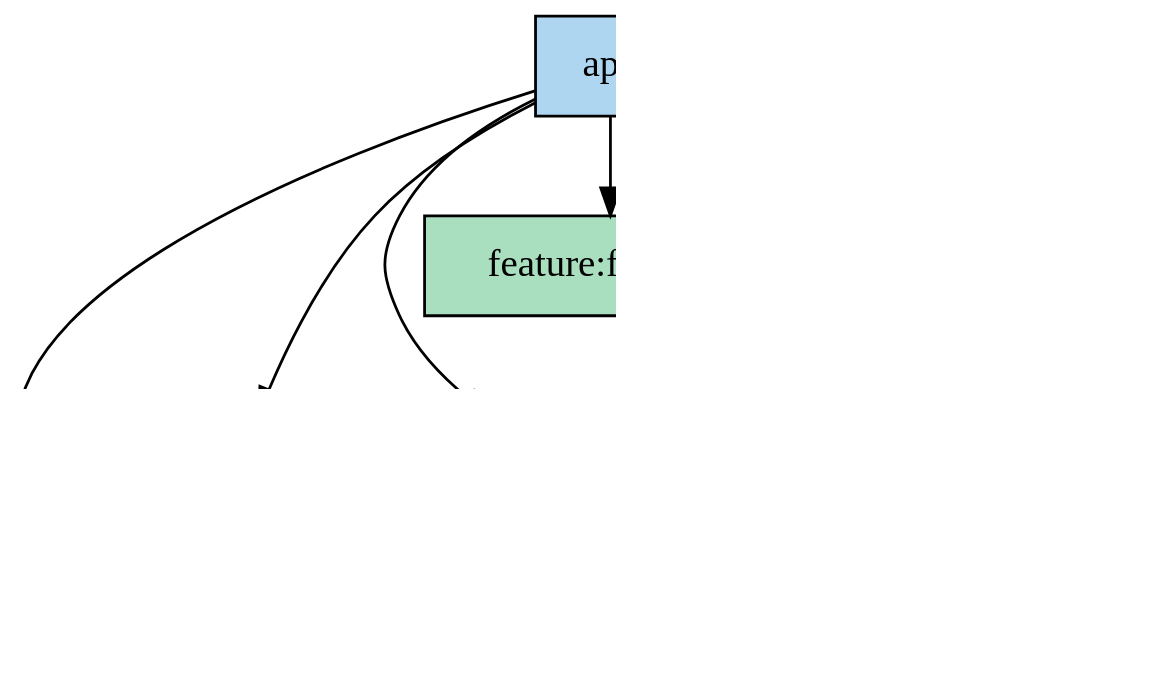
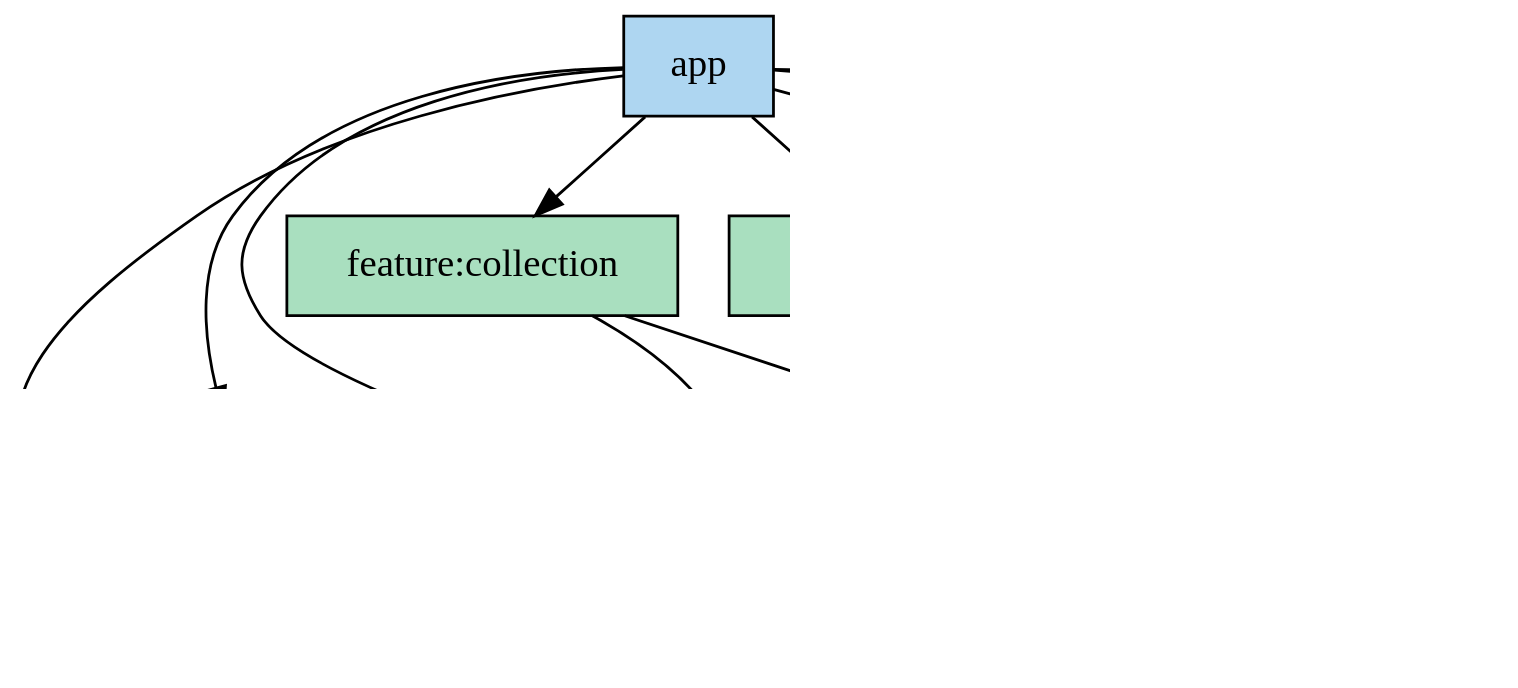
One commit to soma17th-369/Laimory-android changed the diagram in docs/dependency-graph/modules.dot. Above: the diagram before and after it, drawn with Graphviz. The commit also changed 1 other file, not shown here.

```diff
--- a/docs/dependency-graph/modules.dot
+++ b/docs/dependency-graph/modules.dot
@@ -1,31 +1,35 @@
 digraph "modules" {
 edge ["dir"="forward"]
 graph ["dpi"="150" "rankdir"="TB"]
 node ["shape"="rectangle" "style"="filled"]
 
 "app" ["label"="app" "fillcolor"="#AED6F1"]
 "core-collection" ["label"="core:collection" "fillcolor"="#FAD7A0"]
 "core-data" ["label"="core:data" "fillcolor"="#FAD7A0"]
 "core-domain" ["label"="core:domain" "fillcolor"="#D2B4DE"]
 "core-ui" ["label"="core:ui" "fillcolor"="#FAD7A0"]
 "core-util" ["label"="core:util" "fillcolor"="#FAD7A0"]
+"feature-collection" ["label"="feature:collection" "fillcolor"="#A9DFBF"]
 "feature-feature1" ["label"="feature:feature1" "fillcolor"="#A9DFBF"]
 "feature-home" ["label"="feature:home" "fillcolor"="#A9DFBF"]
 
 // edges
 "app" -> "core-collection"
 "app" -> "core-data"
 "app" -> "core-domain"
 "app" -> "core-ui"
 "app" -> "core-util"
+"app" -> "feature-collection"
 "app" -> "feature-feature1"
 "app" -> "feature-home"
 "core-collection" -> "core-domain"
 "core-data" -> "core-domain"
 "core-ui" -> "core-domain"
 "core-ui" -> "core-util"
+"feature-collection" -> "core-domain"
+"feature-collection" -> "core-ui"
 "feature-feature1" -> "core-domain"
 "feature-feature1" -> "core-ui"
 "feature-home" -> "core-domain"
 "feature-home" -> "core-ui"
 }
```
